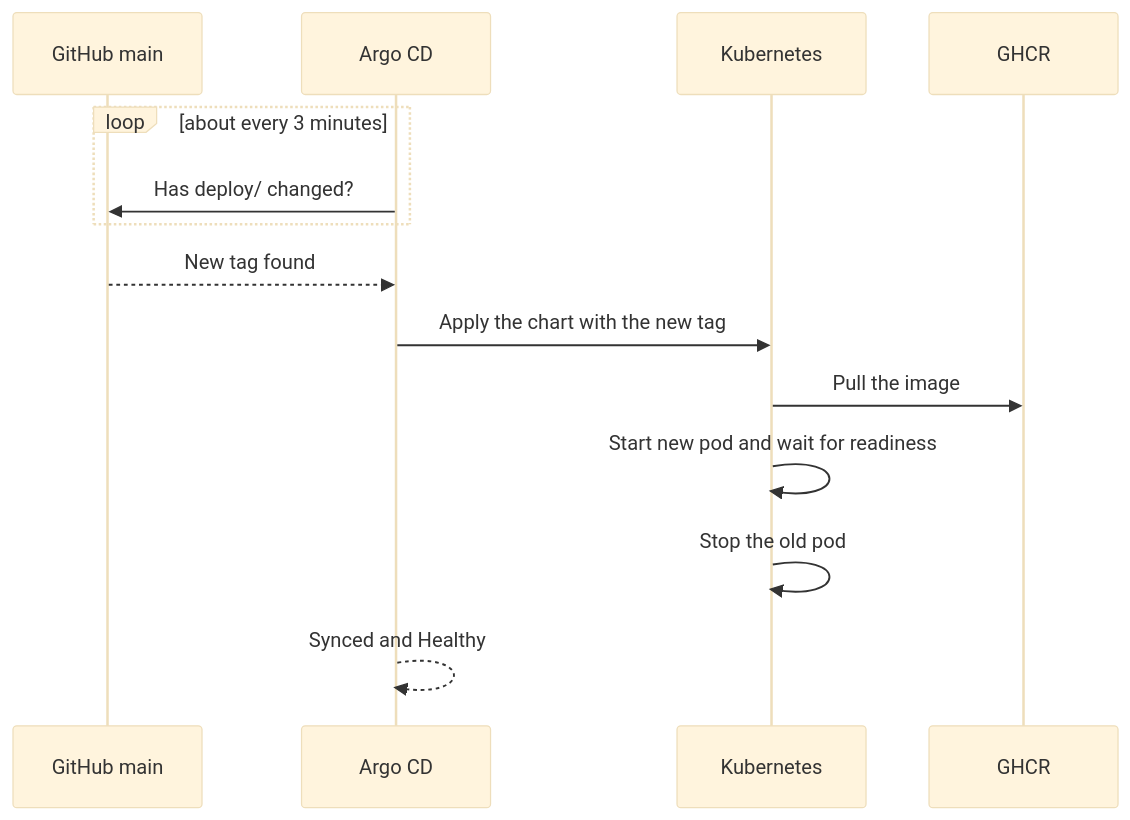
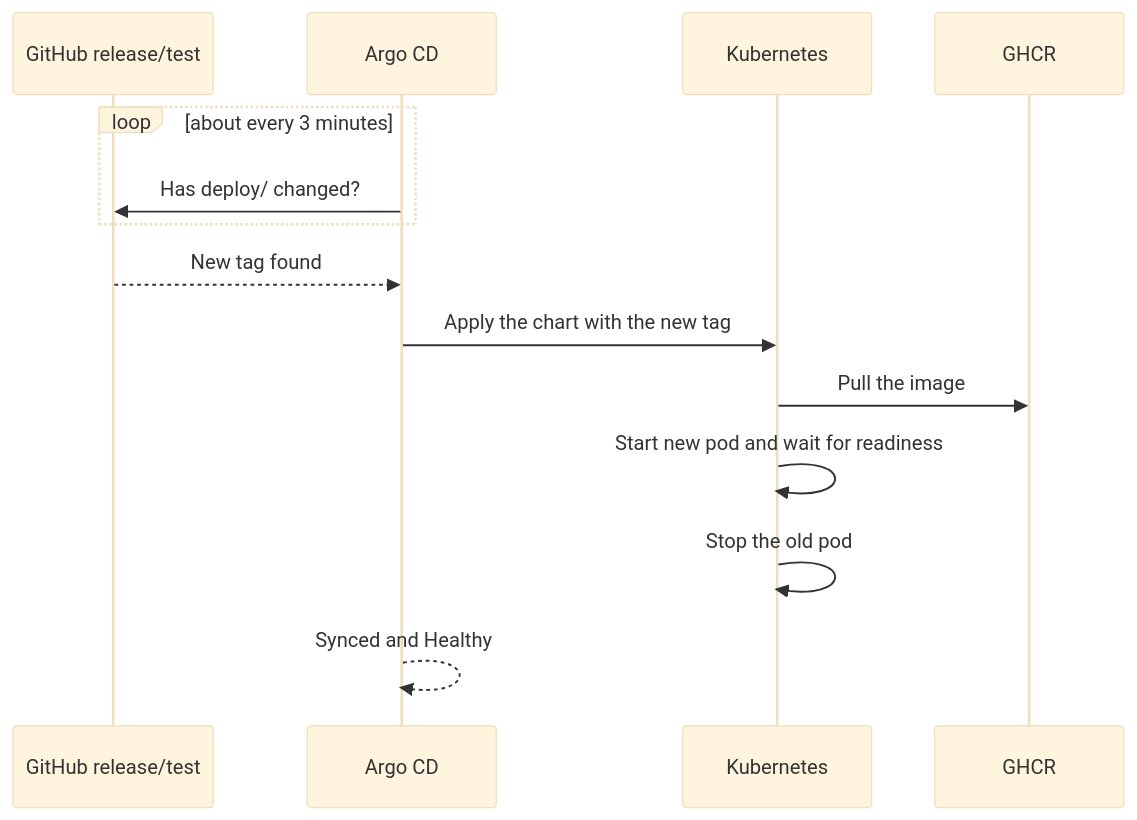
One commit to mattuttis/chatbot changed the eighth of 12 diagrams in how-it-works.md. Above: the diagram before and after it, drawn with Mermaid (base theme). The commit also changed other lines of this file and 4 other files, not shown here.

````diff
--- a/how-it-works.md
+++ b/how-it-works.md
@@ -339,17 +340,17 @@
 ```mermaid
 sequenceDiagram
-    participant G as GitHub main
+    participant G as GitHub release/test
     participant A as Argo CD
     participant K as Kubernetes
     participant R as GHCR
 
     loop about every 3 minutes
         A->>G: Has deploy/ changed?
     end
     G-->>A: New tag found
     A->>K: Apply the chart with the new tag
     K->>R: Pull the image
     K->>K: Start new pod and wait for readiness
     K->>K: Stop the old pod
     A-->>A: Synced and Healthy
 ```
````
